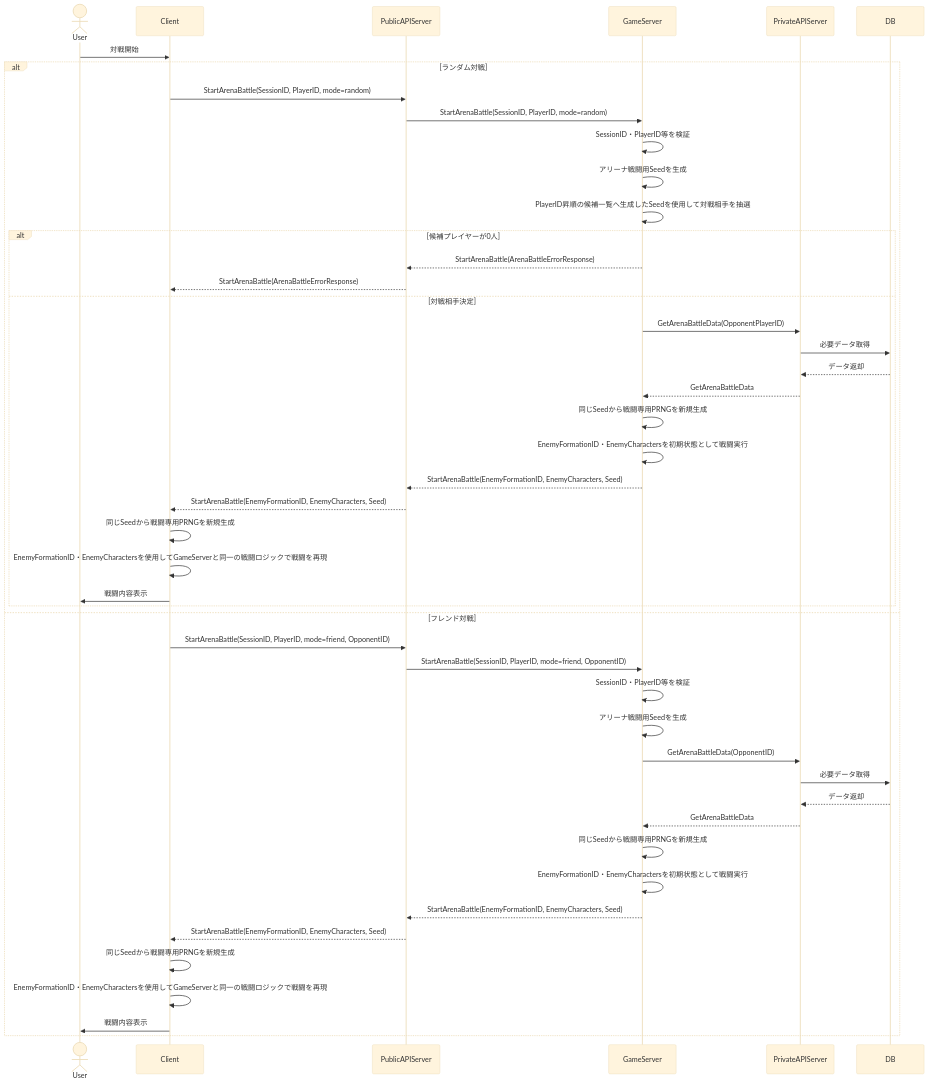
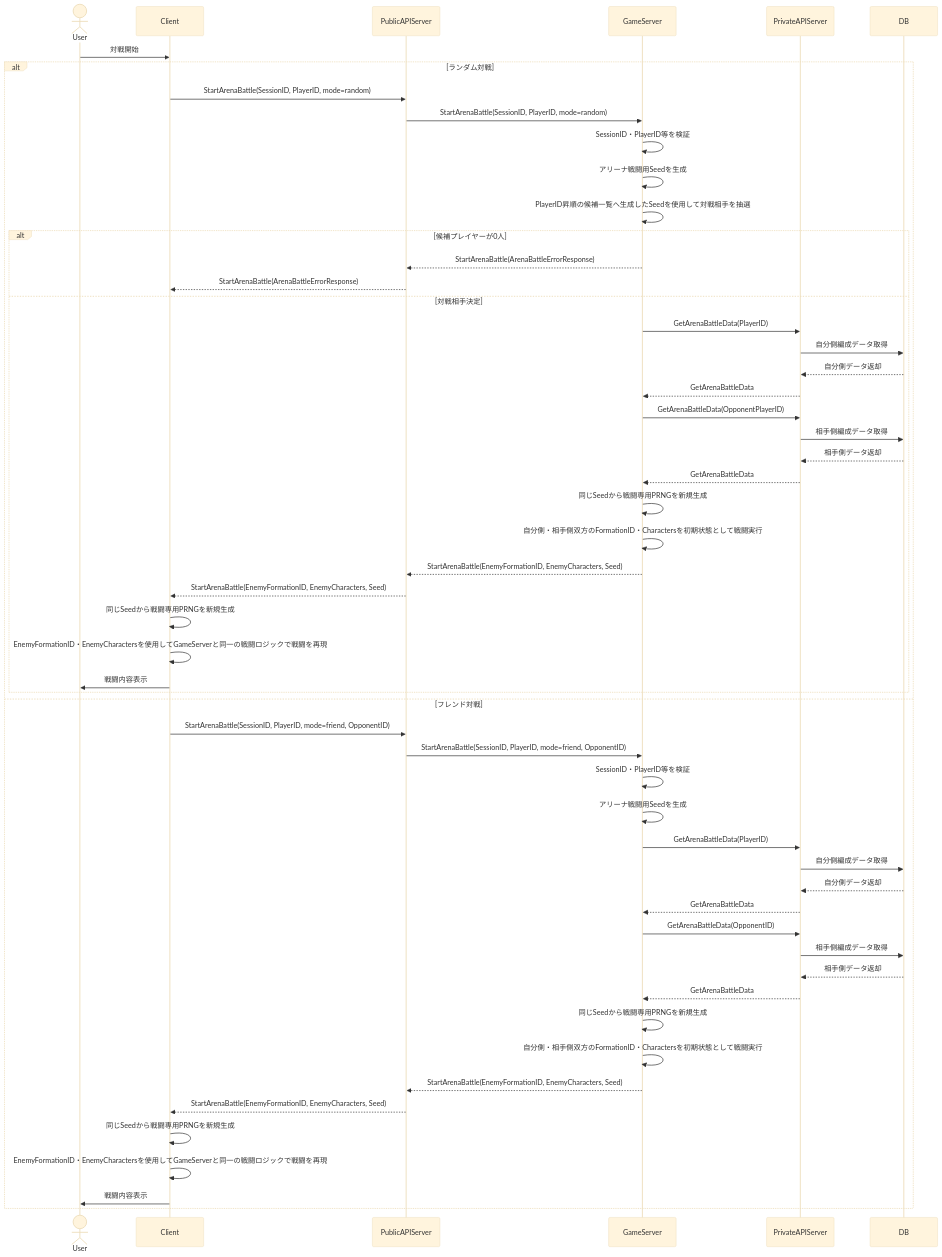
One commit to ReHydrangeaOdyssey/Specifications changed the third of 3 diagrams in design/arina.md. Above: the diagram before and after it, drawn with Mermaid (base theme). The commit also changed 17 other files, not shown here.

````diff
--- a/design/arina.md
+++ b/design/arina.md
@@ -56,51 +56,59 @@
 ```mermaid
 sequenceDiagram
     actor User
     participant Client
     participant PublicAPIServer
     participant GameServer
     participant PrivateAPIServer
     participant DB
 
     User->>Client: 対戦開始
 
     alt ランダム対戦
         Client->>PublicAPIServer: StartArenaBattle(SessionID, PlayerID, mode=random)
         PublicAPIServer->>GameServer: StartArenaBattle(SessionID, PlayerID, mode=random)
         GameServer->>GameServer: SessionID・PlayerID等を検証
         GameServer->>GameServer: アリーナ戦闘用Seedを生成
         GameServer->>GameServer: PlayerID昇順の候補一覧へ生成したSeedを使用して対戦相手を抽選
         alt 候補プレイヤーが0人
             GameServer-->>PublicAPIServer: StartArenaBattle(ArenaBattleErrorResponse)
             PublicAPIServer-->>Client: StartArenaBattle(ArenaBattleErrorResponse)
         else 対戦相手決定
+            GameServer->>PrivateAPIServer: GetArenaBattleData(PlayerID)
+            PrivateAPIServer->>DB: 自分側編成データ取得
+            DB-->>PrivateAPIServer: 自分側データ返却
+            PrivateAPIServer-->>GameServer: GetArenaBattleData
             GameServer->>PrivateAPIServer: GetArenaBattleData(OpponentPlayerID)
-            PrivateAPIServer->>DB: 必要データ取得
-            DB-->>PrivateAPIServer: データ返却
+            PrivateAPIServer->>DB: 相手側編成データ取得
+            DB-->>PrivateAPIServer: 相手側データ返却
             PrivateAPIServer-->>GameServer: GetArenaBattleData
             GameServer->>GameServer: 同じSeedから戦闘専用PRNGを新規生成
-            GameServer->>GameServer: EnemyFormationID・EnemyCharactersを初期状態として戦闘実行
+            GameServer->>GameServer: 自分側・相手側双方のFormationID・Charactersを初期状態として戦闘実行
             GameServer-->>PublicAPIServer: StartArenaBattle(EnemyFormationID, EnemyCharacters, Seed)
             PublicAPIServer-->>Client: StartArenaBattle(EnemyFormationID, EnemyCharacters, Seed)
             Client->>Client: 同じSeedから戦闘専用PRNGを新規生成
             Client->>Client: EnemyFormationID・EnemyCharactersを使用してGameServerと同一の戦闘ロジックで戦闘を再現
             Client->>User: 戦闘内容表示
         end
     else フレンド対戦
         Client->>PublicAPIServer: StartArenaBattle(SessionID, PlayerID, mode=friend, OpponentID)
         PublicAPIServer->>GameServer: StartArenaBattle(SessionID, PlayerID, mode=friend, OpponentID)
         GameServer->>GameServer: SessionID・PlayerID等を検証
         GameServer->>GameServer: アリーナ戦闘用Seedを生成
+        GameServer->>PrivateAPIServer: GetArenaBattleData(PlayerID)
+        PrivateAPIServer->>DB: 自分側編成データ取得
+        DB-->>PrivateAPIServer: 自分側データ返却
+        PrivateAPIServer-->>GameServer: GetArenaBattleData
         GameServer->>PrivateAPIServer: GetArenaBattleData(OpponentID)
-        PrivateAPIServer->>DB: 必要データ取得
-        DB-->>PrivateAPIServer: データ返却
+        PrivateAPIServer->>DB: 相手側編成データ取得
+        DB-->>PrivateAPIServer: 相手側データ返却
         PrivateAPIServer-->>GameServer: GetArenaBattleData
         GameServer->>GameServer: 同じSeedから戦闘専用PRNGを新規生成
-        GameServer->>GameServer: EnemyFormationID・EnemyCharactersを初期状態として戦闘実行
+        GameServer->>GameServer: 自分側・相手側双方のFormationID・Charactersを初期状態として戦闘実行
         GameServer-->>PublicAPIServer: StartArenaBattle(EnemyFormationID, EnemyCharacters, Seed)
         PublicAPIServer-->>Client: StartArenaBattle(EnemyFormationID, EnemyCharacters, Seed)
         Client->>Client: 同じSeedから戦闘専用PRNGを新規生成
         Client->>Client: EnemyFormationID・EnemyCharactersを使用してGameServerと同一の戦闘ロジックで戦闘を再現
         Client->>User: 戦闘内容表示
     end
 ```
````
